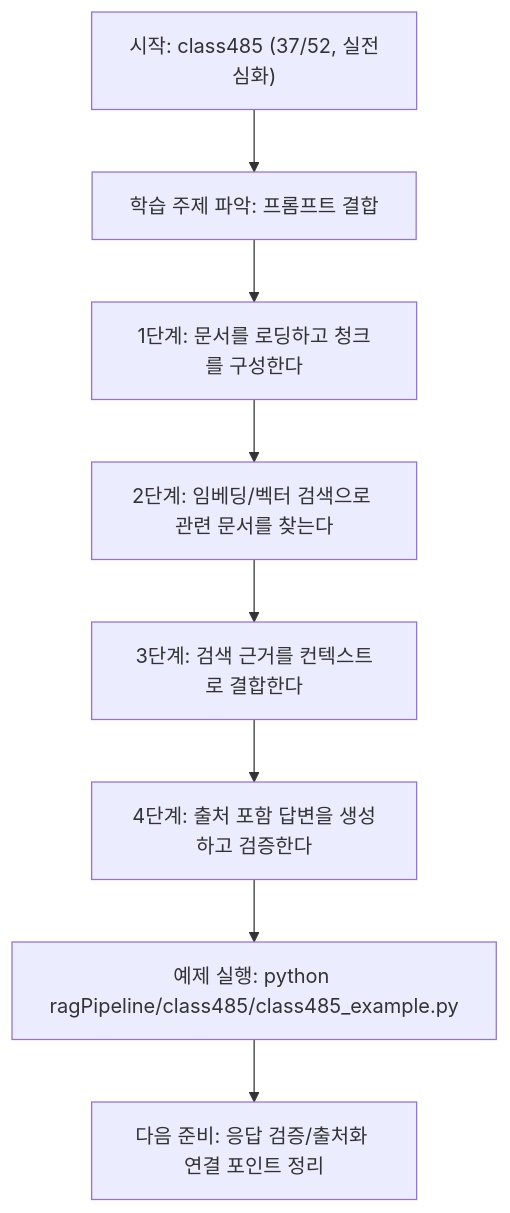
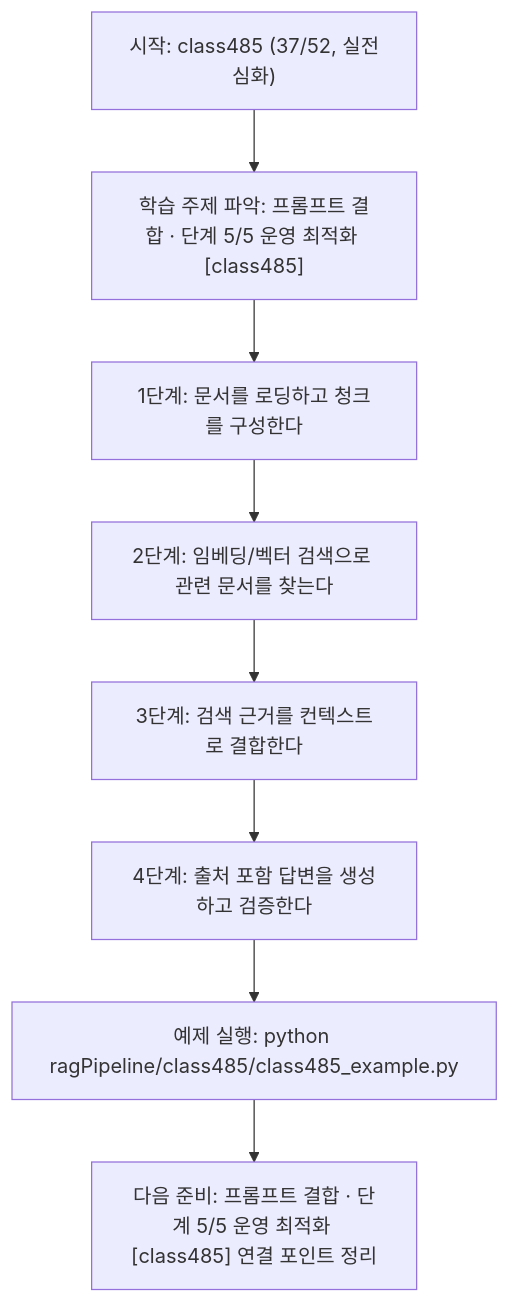
One commit to edumgt/Python-AI_Agent-Class changed the diagram in ragPipeline/class485/class485.md. Above: the diagram before and after it, drawn with Mermaid. The commit also changed other lines of this file and 522 other files, not shown here.

````diff
--- a/ragPipeline/class485/class485.md
+++ b/ragPipeline/class485/class485.md
@@ -109,18 +110,18 @@
 ```mermaid
 flowchart TD
 N1["시작: class485 (37/52, 실전심화)"]
-N2["학습 주제 파악: 프롬프트 결합"]
+N2["학습 주제 파악: 프롬프트 결합 · 단계 5/5 운영 최적화 [class485]"]
 N3["1단계: 문서를 로딩하고 청크를 구성한다"]
 N4["2단계: 임베딩/벡터 검색으로 관련 문서를 찾는다"]
 N5["3단계: 검색 근거를 컨텍스트로 결합한다"]
 N6["4단계: 출처 포함 답변을 생성하고 검증한다"]
 N7["예제 실행: python ragPipeline/class485/class485_example.py"]
-N8["다음 준비: 응답 검증/출처화 연결 포인트 정리"]
+N8["다음 준비: 프롬프트 결합 · 단계 5/5 운영 최적화 [class485] 연결 포인트 정리"]
 N1 --> N2
 N2 --> N3
 N3 --> N4
 N4 --> N5
 N5 --> N6
 N6 --> N7
 N7 --> N8
 ```
````
